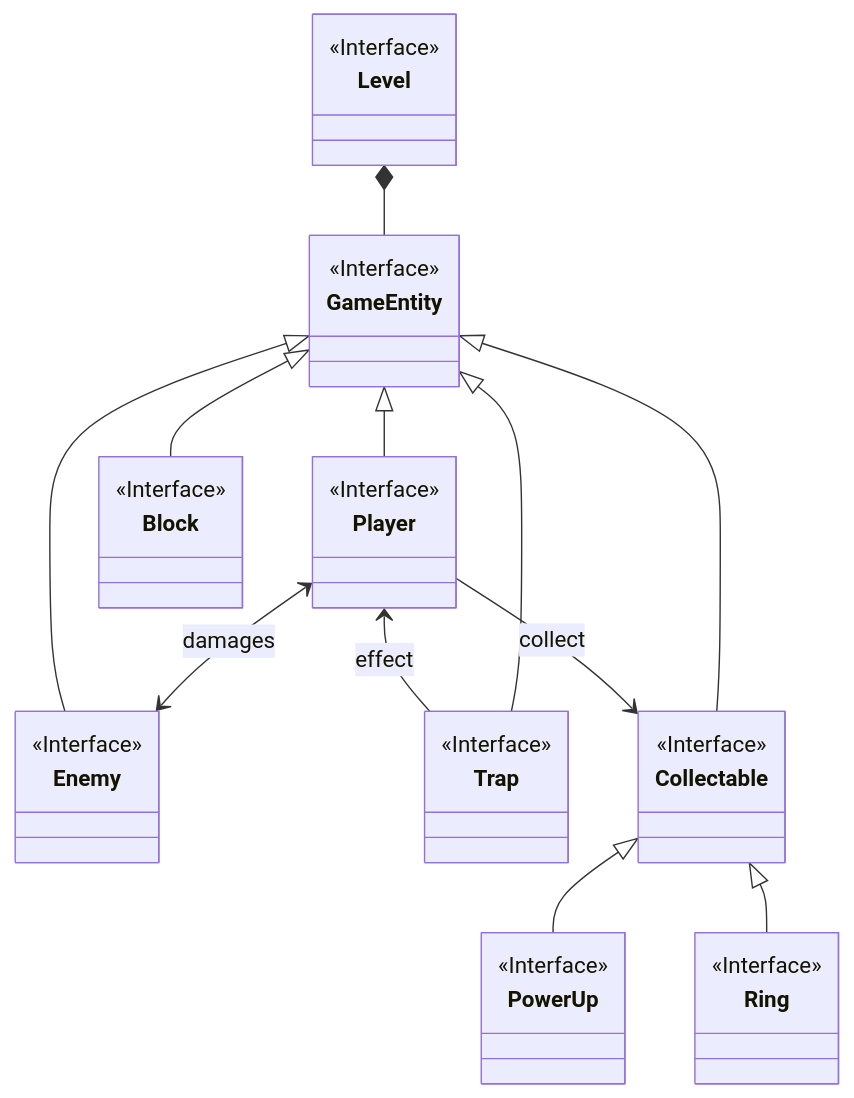
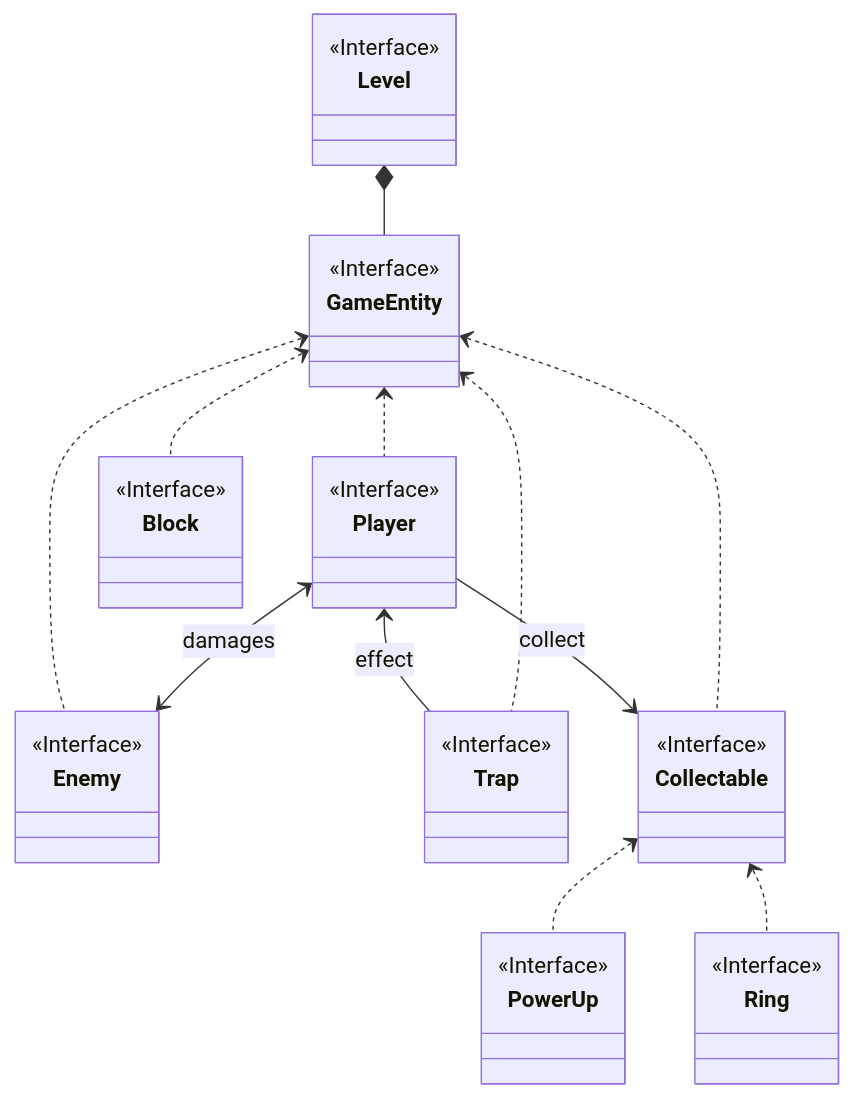
Before and after one commit to unibo-oop-projects/OOP23-FilippoMassariFilippoMassari6studio-MatteoBagnolini-FilippoMassari-SaadElMaliki-Matteo-SUPSON: the first of 13 diagrams in report.md, drawn with Mermaid.

Commit message:
change in model uml

````diff
--- a/report.md
+++ b/report.md
@@ -37,52 +37,52 @@
 ```mermaid
 classDiagram
 
     class GameEntity {
         <<Interface>>
     }
 
     class Player {
         <<Interface>>
     }
 
     class Level {
         <<Interface>>
     }
 
     class Enemy {
         <<Interface>>
     }
 
     class Block {
         <<Interface>>
     }
 
     class Trap {
         <<Interface>>
     }
 
     class Collectable {
         <<Interface>>
     }
 
     class Ring {
         <<Interface>>
     }
 
     class PowerUp {
         <<Interface>>
     }
 
 
-    GameEntity <|-- Player
+    GameEntity <.. Player
     Player --> Collectable : collect
-    GameEntity <|-- Enemy
+    GameEntity <.. Enemy
     Player <--> Enemy : damages
-    GameEntity <|-- Block
+    GameEntity <.. Block
     Player <-- Trap : effect
-    GameEntity <|-- Trap
-    GameEntity <|-- Collectable
-    Collectable <|-- PowerUp
-    Collectable <|-- Ring
+    GameEntity <.. Trap
+    GameEntity <.. Collectable
+    Collectable <.. PowerUp
+    Collectable <.. Ring
     Level *-- GameEntity
 ```
````
